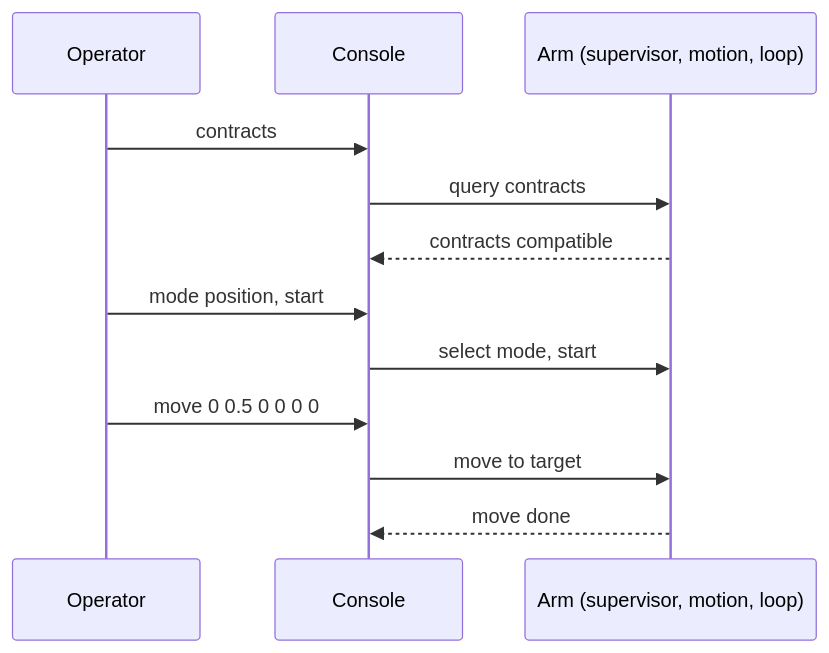
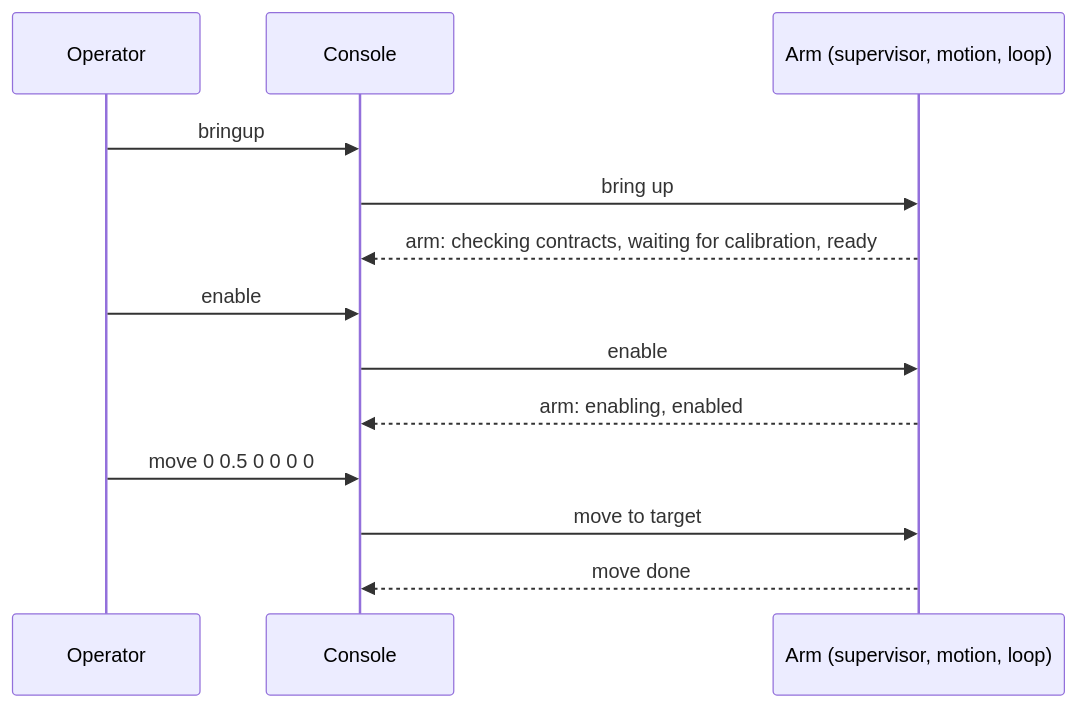
Before and after one commit to embedded-pro/e-robot-arm: the diagram in documentation/design/arm-console.md, drawn with Mermaid. The commit also changed other lines of this file and 35 other files, not shown here.

First line of the commit message:
feat(lifecycle): walk the arm through bring-up, enable and re-arm

````diff
--- a/documentation/design/arm-console.md
+++ b/documentation/design/arm-console.md
@@ -125,14 +129,15 @@
 ```mermaid
 sequenceDiagram
     participant U as Operator
     participant C as Console
     participant A as Arm (supervisor, motion, loop)
-    U->>C: contracts
-    C->>A: query contracts
-    A-->>C: contracts compatible
-    U->>C: mode position, start
-    C->>A: select mode, start
+    U->>C: bringup
+    C->>A: bring up
+    A-->>C: arm: checking contracts, waiting for calibration, ready
+    U->>C: enable
+    C->>A: enable
+    A-->>C: arm: enabling, enabled
     U->>C: move 0 0.5 0 0 0 0
     C->>A: move to target
     A-->>C: move done
 ```
````
